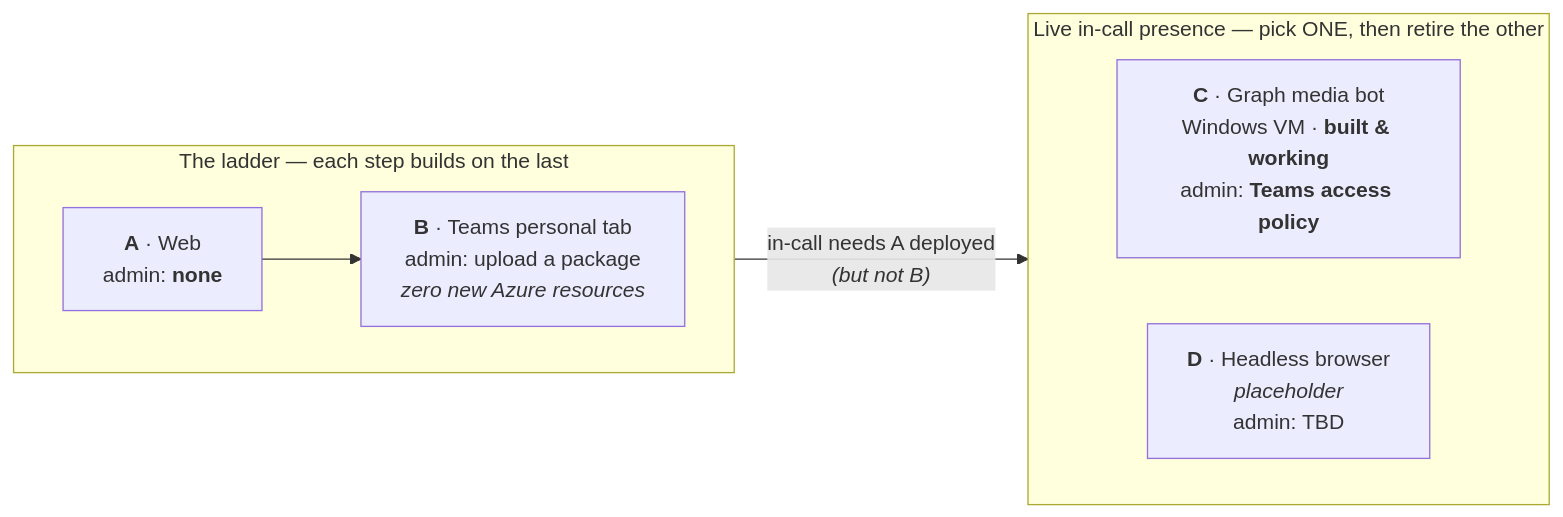
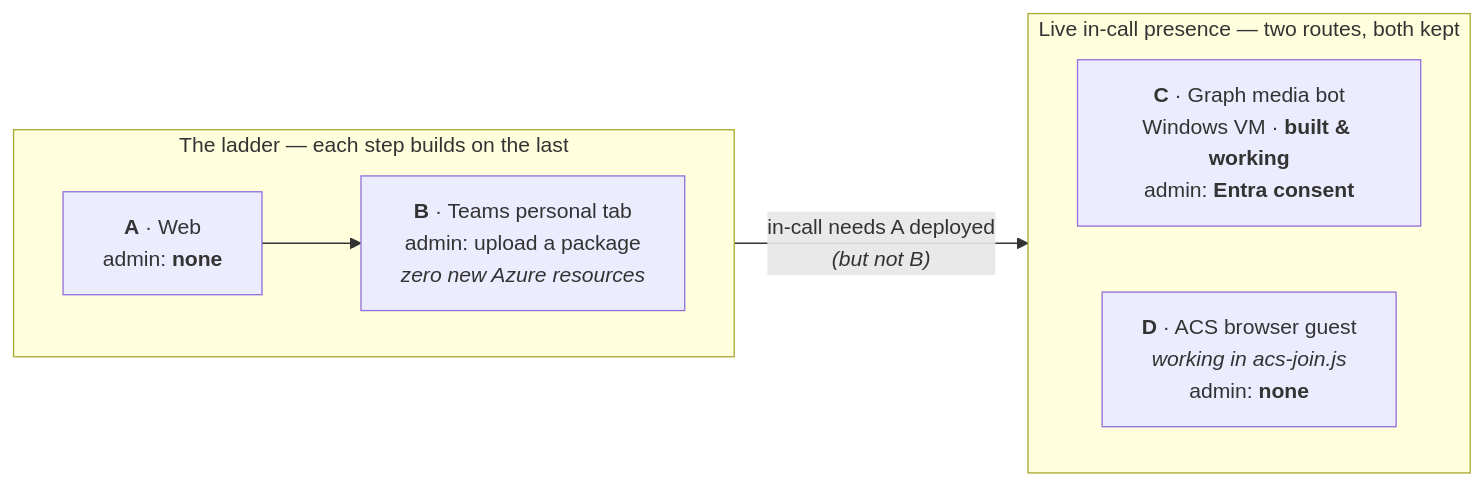
Before and after one commit to SridharArrabelly/avatar-forge: the diagram in docs/channels/README.md, drawn with Mermaid. The commit also changed other lines of this file and 50 other files, not shown here.

First line of the commit message:
Make the in-call browser joiner hear the room, share the web app's pipeline, and raise the infra defaults (#88)

````diff
--- a/docs/channels/README.md
+++ b/docs/channels/README.md
@@ -49,17 +53,17 @@
 ```mermaid
 flowchart LR
     subgraph Ladder["The ladder — each step builds on the last"]
         direction LR
         A["<b>A</b> · Web<br/>admin: <b>none</b>"]
         B["<b>B</b> · Teams personal tab<br/>admin: upload a package<br/><i>zero new Azure resources</i>"]
         A --> B
     end
 
-    subgraph Rivals["Live in-call presence — pick ONE, then retire the other"]
+    subgraph Rivals["Live in-call presence — two routes, both kept"]
         direction LR
-        C["<b>C</b> · Graph media bot<br/>Windows VM · <b>built &amp; working</b><br/>admin: <b>Teams access policy</b>"]
-        D["<b>D</b> · Headless browser<br/><i>placeholder</i><br/>admin: TBD"]
+        C["<b>C</b> · Graph media bot<br/>Windows VM · <b>built &amp; working</b><br/>admin: <b>Entra consent</b>"]
+        D["<b>D</b> · ACS browser guest<br/><i>working in acs-join.js</i><br/>admin: <b>none</b>"]
     end
 
     A -- "in-call needs A deployed<br/><i>(but not B)</i>" --> Rivals
 ```
````
